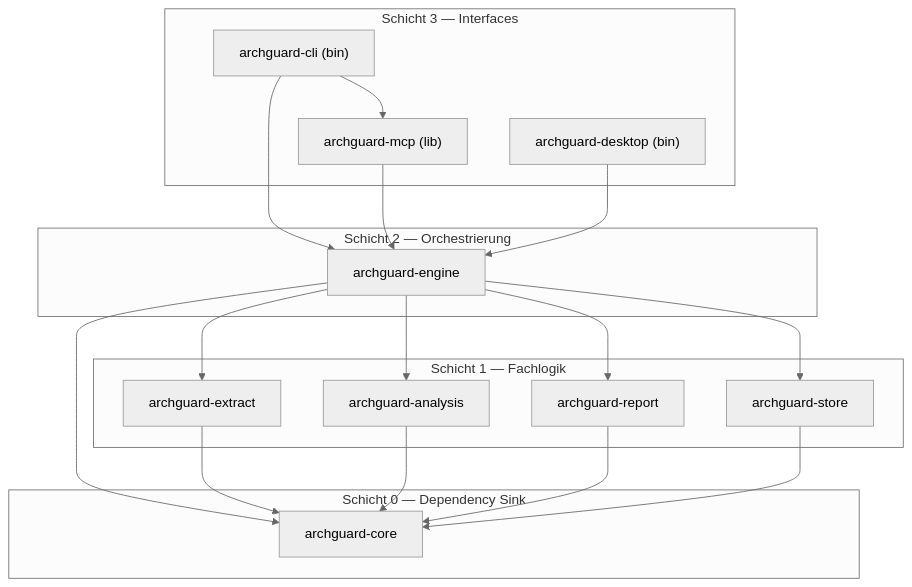
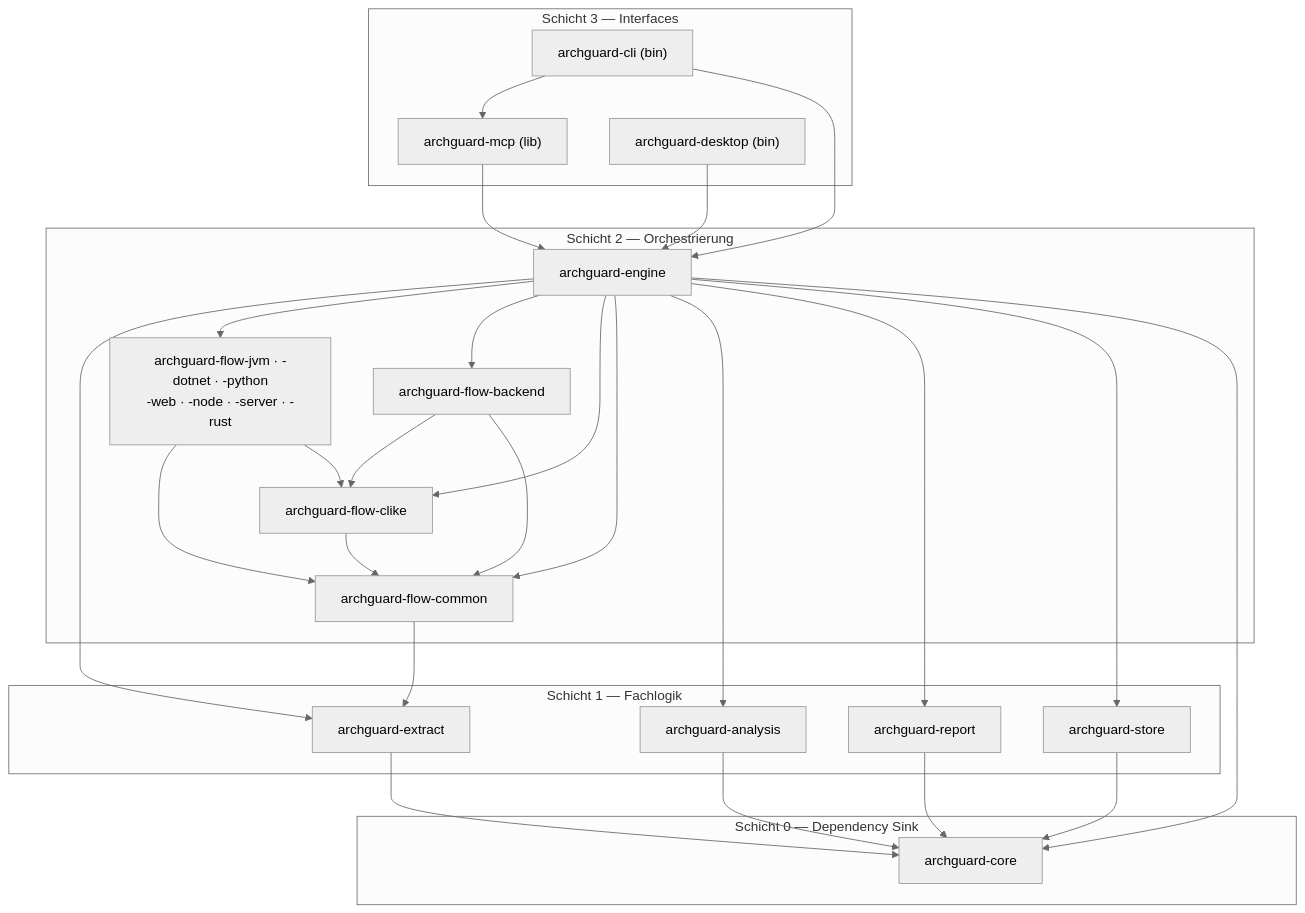
The second of 2 diagrams in ARCHITECTURE_DE.md (svenhartmann/ArchGuard), drawn with Mermaid (neutral theme) before and after one commit. The commit also changed other lines of this file and 5 other files, not shown here.

First line of the commit message:
docs(engine): describe the flow-* reader crates

````diff
--- a/ARCHITECTURE_DE.md
+++ b/ARCHITECTURE_DE.md
@@ -71,34 +71,48 @@
 ```mermaid
 graph TD
     subgraph L3["Schicht 3 — Interfaces"]
         CLI["archguard-cli (bin)"]
         MCP["archguard-mcp (lib)"]
         DESK["archguard-desktop (bin)"]
     end
     subgraph L2["Schicht 2 — Orchestrierung"]
         ENG["archguard-engine"]
+        FLOWS["archguard-flow-jvm · -dotnet · -python<br/>-web · -node · -server · -rust"]
+        BCK["archguard-flow-backend"]
+        CLK["archguard-flow-clike"]
+        COM["archguard-flow-common"]
     end
     subgraph L1["Schicht 1 — Fachlogik"]
         EXT["archguard-extract"]
         ANA["archguard-analysis"]
         REP["archguard-report"]
         STO["archguard-store"]
     end
     subgraph L0["Schicht 0 — Dependency Sink"]
         CORE["archguard-core"]
     end
 
     CLI --> MCP
     CLI --> ENG
     MCP --> ENG
     DESK --> ENG
     ENG --> EXT
+    ENG --> FLOWS
+    ENG --> BCK
+    ENG --> CLK
+    ENG --> COM
+    FLOWS --> COM
+    FLOWS --> CLK
+    BCK --> CLK
+    BCK --> COM
+    CLK --> COM
+    COM --> EXT
     ENG --> ANA
     ENG --> REP
     ENG --> STO
     ENG --> CORE
     EXT --> CORE
     ANA --> CORE
     REP --> CORE
     STO --> CORE
 ```
````
